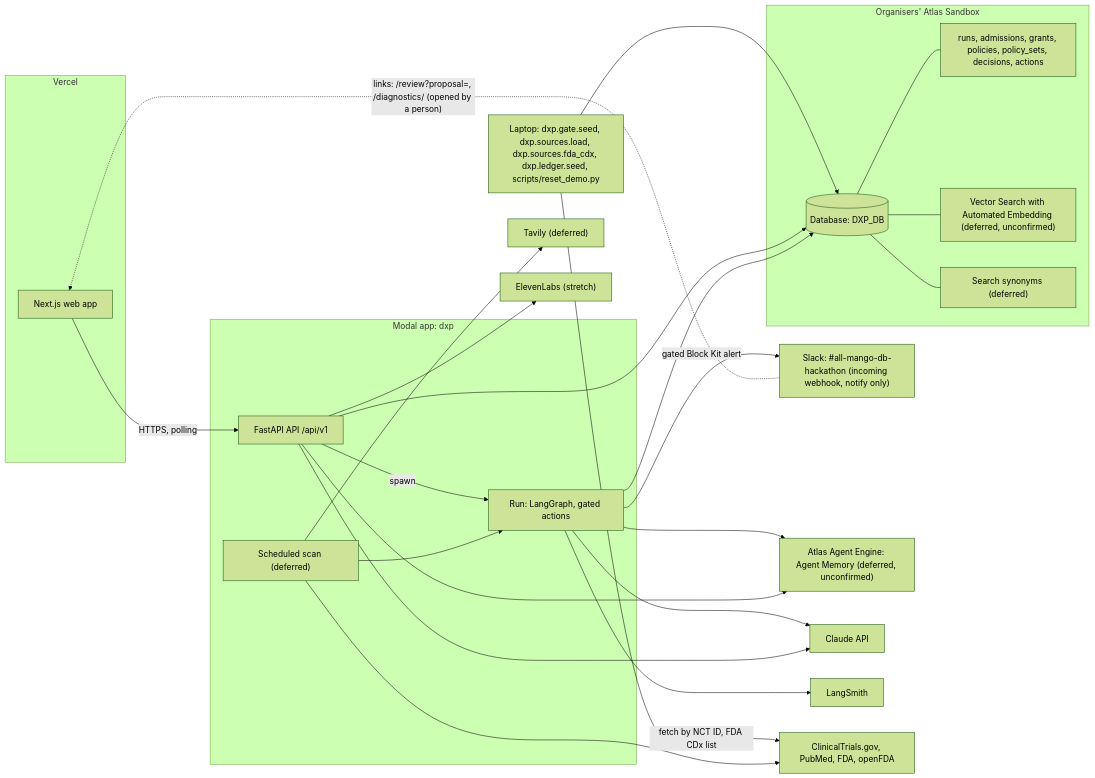
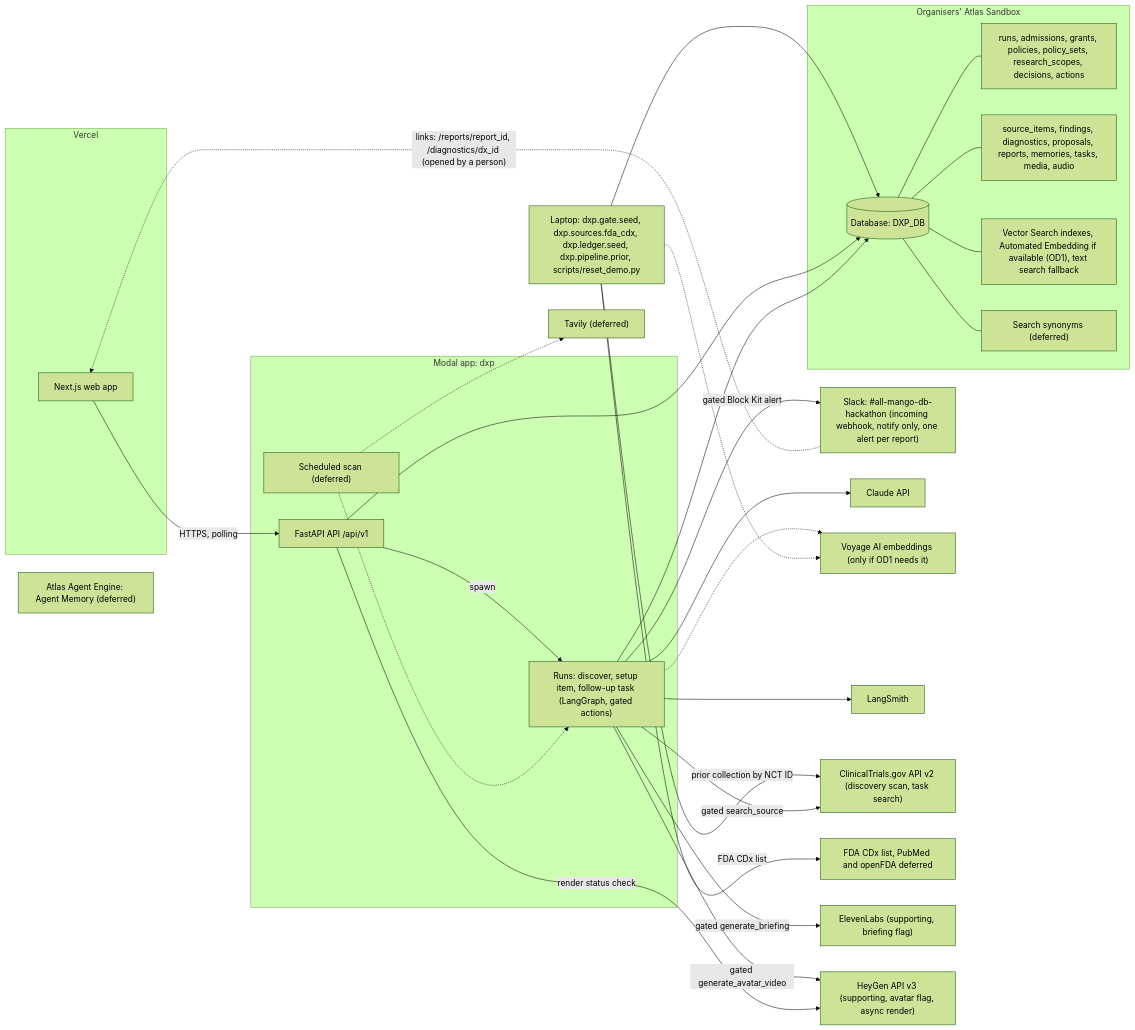
The second of 7 diagrams in _bmad-output/planning-artifacts/architecture/architecture-agents-in-context-toronto-2026-11-13/ARCHITECTURE-SPINE.md (lutic1/agents-in-context-toronto), drawn with Mermaid (forest theme) before and after one commit. The commit also changed other lines of this file and 23 other files, not shown here.

First line of the commit message:
Restore the discovery-agent vision as one working loop

````diff
--- a/_bmad-output/planning-artifacts/architecture/architecture-agents-in-context-toronto-2026-11-13/ARCHITECTURE-SPINE.md
+++ b/_bmad-output/planning-artifacts/architecture/architecture-agents-in-context-toronto-2026-11-13/ARCHITECTURE-SPINE.md
@@ -571,45 +775,52 @@
 ```mermaid
 flowchart LR
   subgraph Vercel
     web["Next.js web app"]
   end
   subgraph Modal["Modal app: dxp"]
     api["FastAPI API /api/v1"]
-    job["Run: LangGraph, gated actions"]
+    job["Runs: discover, setup item, follow-up task (LangGraph, gated actions)"]
     cron["Scheduled scan (deferred)"]
   end
   subgraph Atlas["Organisers' Atlas Sandbox"]
     db[("Database: DXP_DB")]
-    gov["runs, admissions, grants, policies, policy_sets, decisions, actions"]
-    vs["Vector Search with Automated Embedding (deferred, unconfirmed)"]
+    gov["runs, admissions, grants, policies, policy_sets, research_scopes, decisions, actions"]
+    know["source_items, findings, diagnostics, proposals, reports, memories, tasks, media, audio"]
+    vs["Vector Search indexes, Automated Embedding if available (OD1), text search fallback"]
     syn["Search synonyms (deferred)"]
   end
-  laptop["Laptop: dxp.gate.seed, dxp.sources.load, dxp.sources.fda_cdx, dxp.ledger.seed, scripts/reset_demo.py"]
-  slack["Slack: #all-mango-db-hackathon (incoming webhook, notify only)"]
-  mem["Atlas Agent Engine: Agent Memory (deferred, unconfirmed)"]
+  laptop["Laptop: dxp.gate.seed, dxp.sources.fda_cdx, dxp.ledger.seed, dxp.pipeline.prior, scripts/reset_demo.py"]
+  slack["Slack: #all-mango-db-hackathon (incoming webhook, notify only, one alert per report)"]
+  mem["Atlas Agent Engine: Agent Memory (deferred)"]
   claude["Claude API"]
+  voy["Voyage AI embeddings (only if OD1 needs it)"]
   ls["LangSmith"]
-  src["ClinicalTrials.gov, PubMed, FDA, openFDA"]
+  ctg["ClinicalTrials.gov API v2 (discovery scan, task search)"]
+  src["FDA CDx list, PubMed and openFDA deferred"]
   tav["Tavily (deferred)"]
-  el["ElevenLabs (stretch)"]
+  el["ElevenLabs (supporting, briefing flag)"]
+  hg["HeyGen API v3 (supporting, avatar flag, async render)"]
   web -->|HTTPS, polling| api
   api -->|spawn| job
-  cron --> job
+  cron -.-> job
   laptop --> db
-  laptop -->|fetch by NCT ID, FDA CDx list| src
+  laptop -->|prior collection by NCT ID| ctg
+  laptop -->|FDA CDx list| src
   api --> db
   job --> db
   db --- gov
+  db --- know
   db --- vs
   db --- syn
+  job -->|gated search_source| ctg
   job -->|gated Block Kit alert| slack
-  slack -.->|"links: /review?proposal=, /diagnostics/ (opened by a person)"| web
+  slack -.->|"links: /reports/report_id, /diagnostics/dx_id (opened by a person)"| web
   job --> claude
-  cron --> src
-  cron --> tav
+  job -.-> voy
+  laptop -.-> voy
+  job -->|gated generate_briefing| el
+  job -->|gated generate_avatar_video| hg
+  api -->|render status check| hg
+  cron -.-> tav
   job --> ls
-  job --> mem
-  api --> mem
-  api --> claude
-  api --> el
 ```
````
